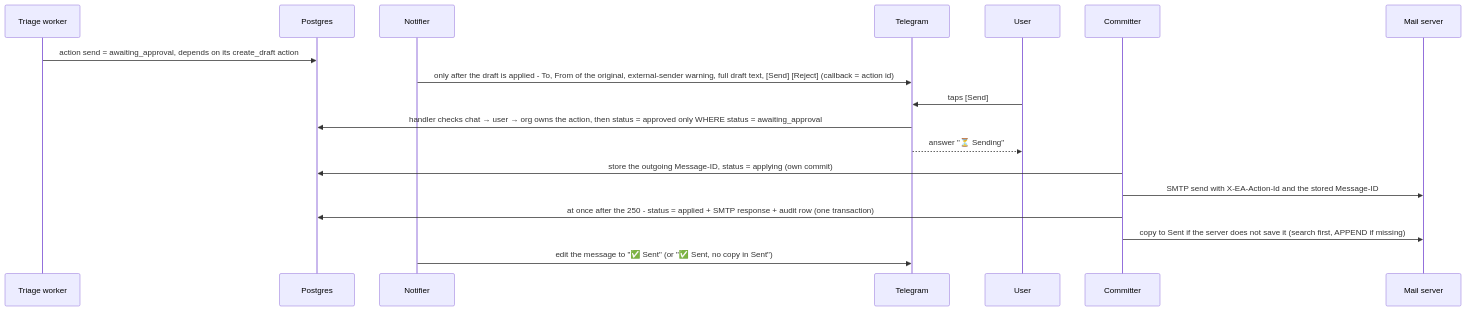
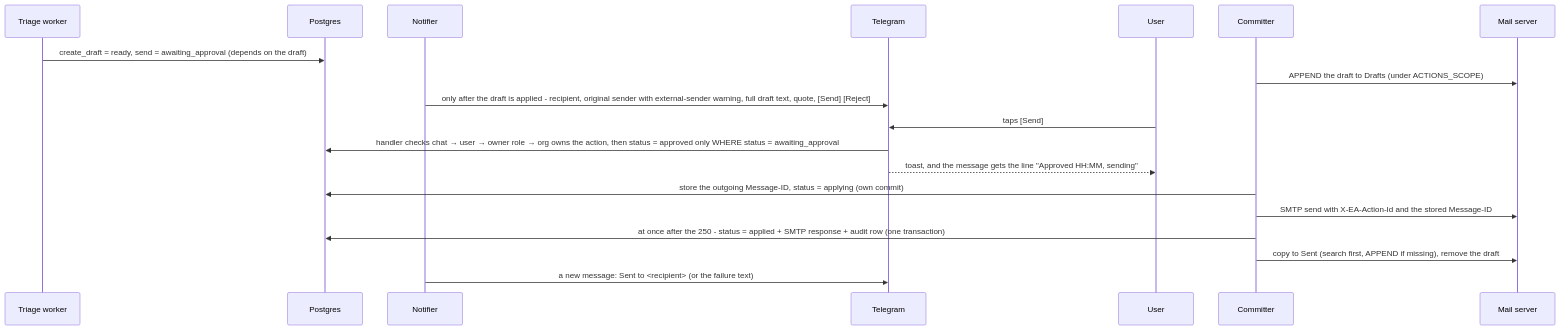
Before and after one commit to Artexs/email_assistant: the third of 4 diagrams in docs/architecture.md, drawn with Mermaid. The commit also changed other lines of this file and 17 other files, not shown here.

````diff
--- a/docs/architecture.md
+++ b/docs/architecture.md
@@ -272,21 +305,22 @@
 ```mermaid
 sequenceDiagram
     participant W as Triage worker
     participant DB as Postgres
     participant N as Notifier
     participant TG as Telegram
     participant U as User
     participant C as Committer
     participant M as Mail server
 
-    W->>DB: action send = awaiting_approval, depends on its create_draft action
-    N->>TG: only after the draft is applied - To, From of the original, external-sender warning, full draft text, [Send] [Reject] (callback = action id)
+    W->>DB: create_draft = ready, send = awaiting_approval (depends on the draft)
+    C->>M: APPEND the draft to Drafts (under ACTIONS_SCOPE)
+    N->>TG: only after the draft is applied - recipient, original sender with external-sender warning, full draft text, quote, [Send] [Reject]
     U->>TG: taps [Send]
-    TG->>DB: handler checks chat → user → org owns the action, then status = approved only WHERE status = awaiting_approval
-    TG-->>U: answer "⏳ Sending"
+    TG->>DB: handler checks chat → user → owner role → org owns the action, then status = approved only WHERE status = awaiting_approval
+    TG-->>U: toast, and the message gets the line "Approved HH:MM, sending"
     C->>DB: store the outgoing Message-ID, status = applying (own commit)
     C->>M: SMTP send with X-EA-Action-Id and the stored Message-ID
     C->>DB: at once after the 250 - status = applied + SMTP response + audit row (one transaction)
-    C->>M: copy to Sent if the server does not save it (search first, APPEND if missing)
-    N->>TG: edit the message to "✅ Sent" (or "✅ Sent, no copy in Sent")
+    C->>M: copy to Sent (search first, APPEND if missing), remove the draft
+    N->>TG: a new message: Sent to <recipient> (or the failure text)
 ```
````
